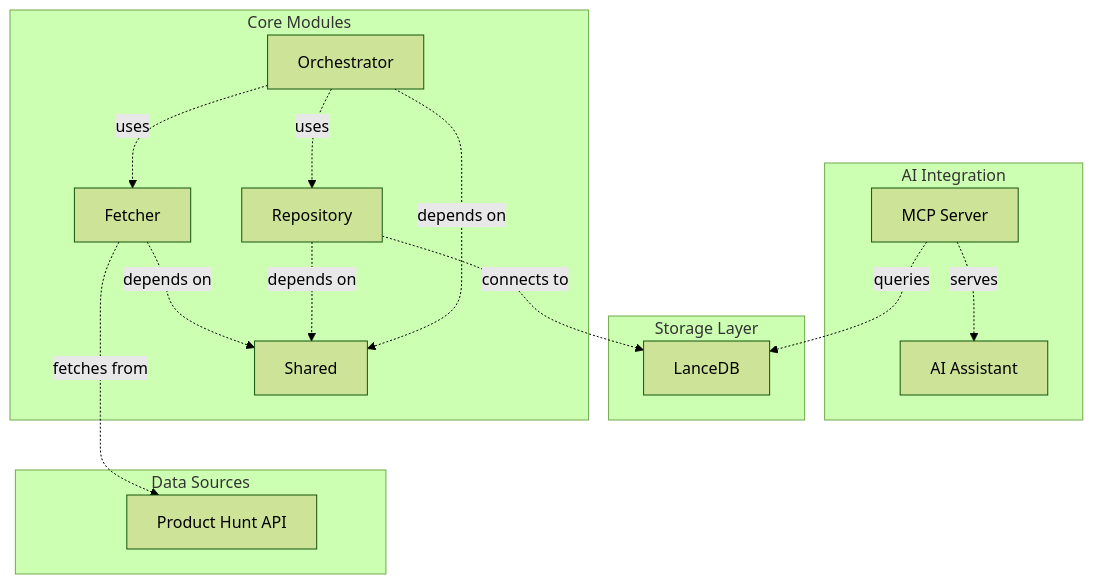
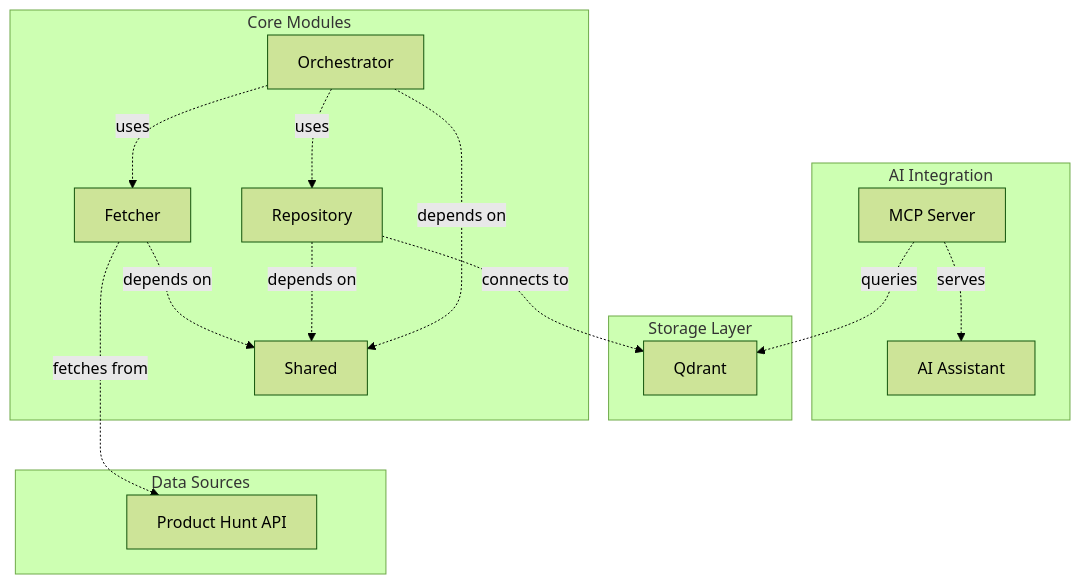
One commit to aoki-h-jp/producthunt-mcp-research changed the diagram in README.md. Above: the diagram before and after it, drawn with Mermaid (forest theme). The commit also changed other lines of this file, not shown here.

````diff
--- a/README.md
+++ b/README.md
@@ -9,35 +12,36 @@
 ```mermaid
 graph TB
     subgraph "AI Integration"
         M[MCP Server]
         AI[AI Assistant]
     end
 
     subgraph "Storage Layer"
-        L[LanceDB]
+        L[Qdrant]
     end
 
     subgraph "Core Modules"
         F[Fetcher]
         R[Repository]
         O[Orchestrator]
         S[Shared]
     end
 
     subgraph "Data Sources"
         PH[Product Hunt API]
     end
 
     %% Core Modules <--> Storage Layer/AI Integration
     F -.->|depends on| S
     R -.->|depends on| S
     O -.->|depends on| S
     O -.->|uses| F
     O -.->|uses| R
     R -.->|connects to| L
     M -.->|queries| L
     F -.->|fetches from| PH
     M -.->|serves| AI
 
+    %% PHをグラフの一番下に寄せるための不可視リンク
     S ~~~ PH
 ```
````
